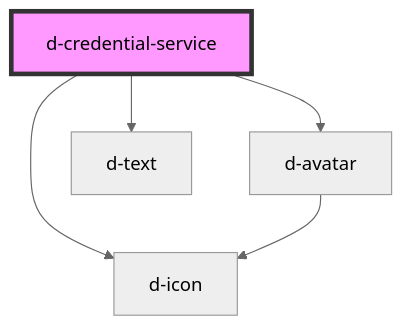
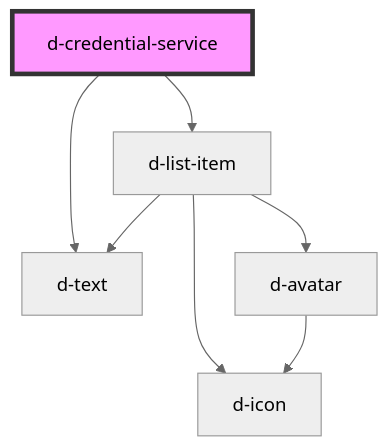
One commit to ForkbombEu/didroom-components changed the diagram in src/components/credential-service/readme.md. Above: the diagram before and after it, drawn with Mermaid (neutral theme). The commit also changed other lines of this file and 22 other files, not shown here.

````diff
--- a/src/components/credential-service/readme.md
+++ b/src/components/credential-service/readme.md
@@ -29,8 +28,10 @@
 ```mermaid
 graph TD;
-  d-credential-service --> d-avatar
+  d-credential-service --> d-list-item
   d-credential-service --> d-text
-  d-credential-service --> d-icon
+  d-list-item --> d-avatar
+  d-list-item --> d-text
+  d-list-item --> d-icon
   d-avatar --> d-icon
   style d-credential-service fill:#f9f,stroke:#333,stroke-width:4px
 ```
````
